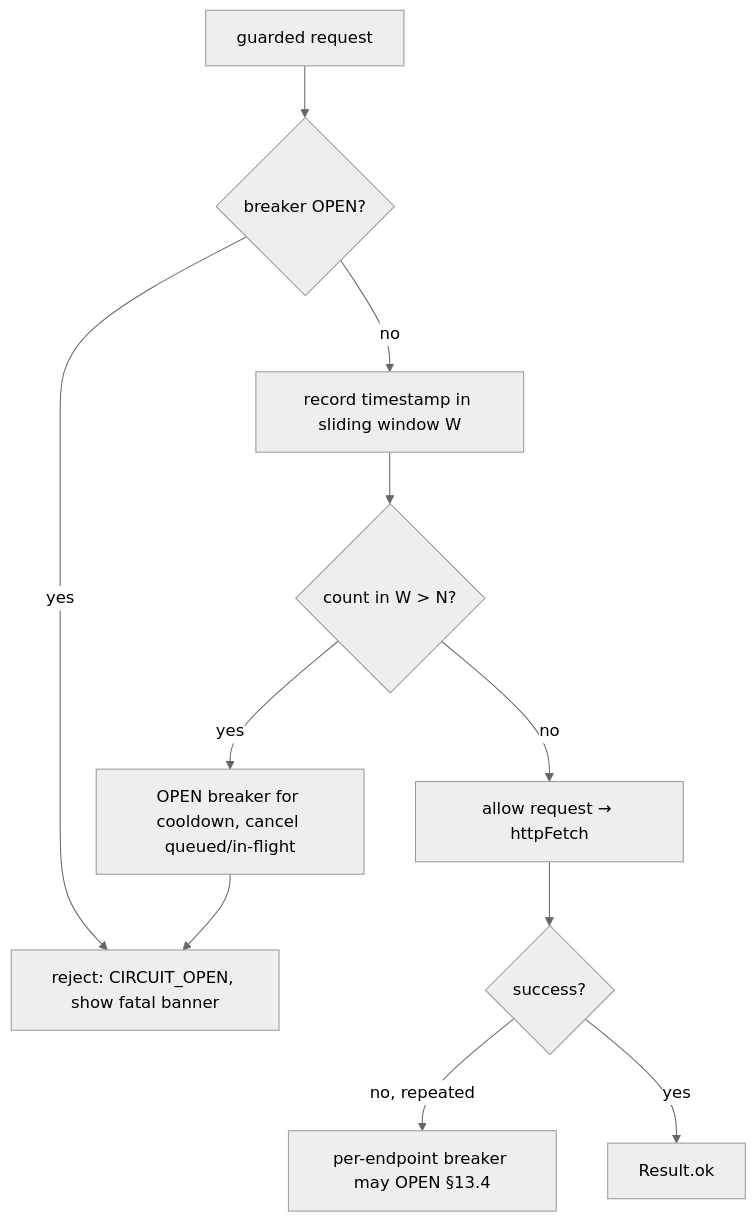
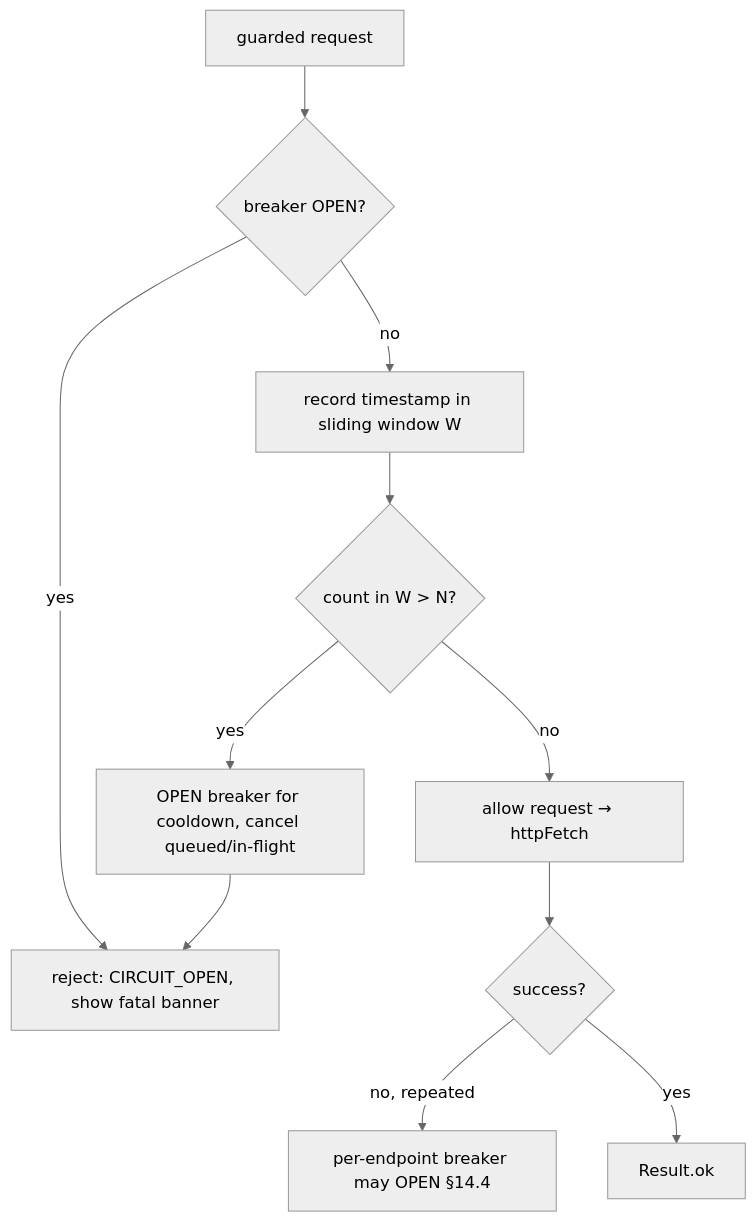
One commit to jbisasky/capital-improvements-tracker changed the ninth of 9 diagrams in docs/low-level-design.md. Above: the diagram before and after it, drawn with Mermaid (neutral theme). The commit also changed other lines of this file and 3 other files, not shown here.

First line of the commit message:
Fix cross-document contradictions: section numbering, references, and schema version

````diff
--- a/docs/low-level-design.md
+++ b/docs/low-level-design.md
@@ -791,13 +793,13 @@
 ```mermaid
 flowchart TD
     A[guarded request] --> B{breaker OPEN?}
     B -- yes --> X[reject: CIRCUIT_OPEN, show fatal banner]
     B -- no --> C[record timestamp in sliding window W]
     C --> D{count in W > N?}
     D -- yes --> E[OPEN breaker for cooldown, cancel queued/in-flight]
     E --> X
     D -- no --> F[allow request → httpFetch]
     F --> G{success?}
-    G -- no, repeated --> H[per-endpoint breaker may OPEN §13.4]
+    G -- no, repeated --> H[per-endpoint breaker may OPEN §14.4]
     G -- yes --> I[Result.ok]
 ```
````
